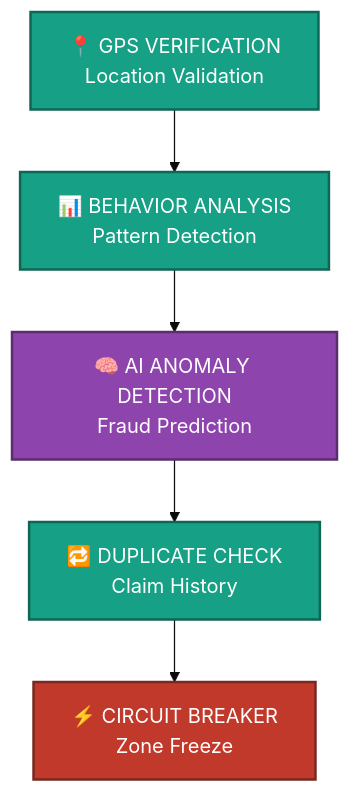
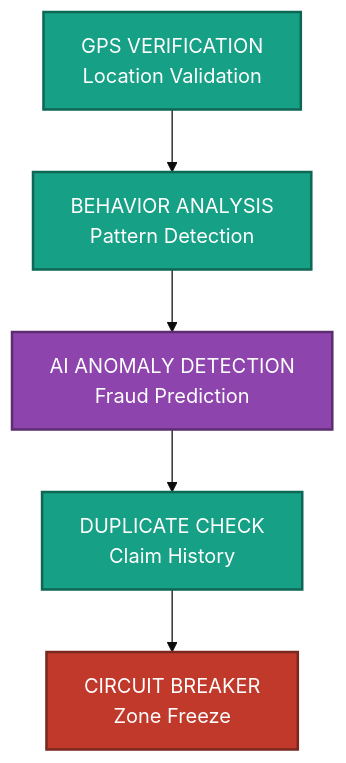
One commit to nilanshucodes/GigGuards changed the fourth of 4 diagrams in README.md. Above: the diagram before and after it, drawn with Mermaid (base theme). The commit also changed other lines of this file, not shown here.

````diff
--- a/README.md
+++ b/README.md
@@ -114,15 +116,15 @@
 ```mermaid
 flowchart TD
 
-A["📍 GPS VERIFICATION<br/>Location Validation"]:::layer
-B["📊 BEHAVIOR ANALYSIS<br/>Pattern Detection"]:::layer
-C["🧠 AI ANOMALY DETECTION<br/>Fraud Prediction"]:::ai
-D["🔁 DUPLICATE CHECK<br/>Claim History"]:::layer
-E["⚡ CIRCUIT BREAKER<br/>Zone Freeze"]:::critical
+A[" GPS VERIFICATION<br/>Location Validation"]:::layer
+B[" BEHAVIOR ANALYSIS<br/>Pattern Detection"]:::layer
+C[" AI ANOMALY DETECTION<br/>Fraud Prediction"]:::ai
+D[" DUPLICATE CHECK<br/>Claim History"]:::layer
+E[" CIRCUIT BREAKER<br/>Zone Freeze"]:::critical
 
 A --> B --> C --> D --> E
 
 classDef layer fill:#16a085,color:#fff,stroke:#0e6655,stroke-width:2px;
 classDef ai fill:#8e44ad,color:#fff,stroke:#5b2c6f,stroke-width:2px;
 classDef critical fill:#c0392b,color:#fff,stroke:#78281f,stroke-width:2px;
 ```
````
